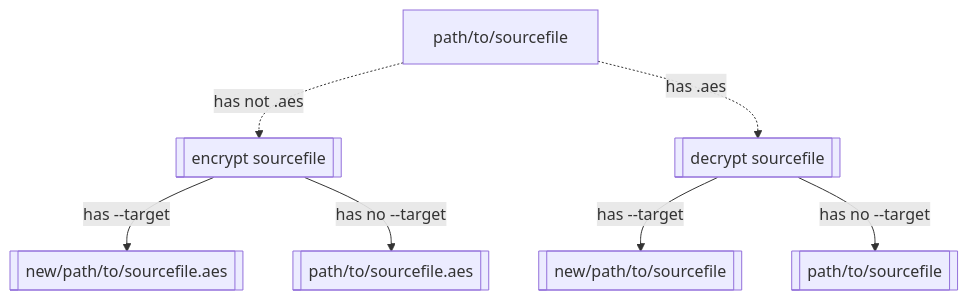
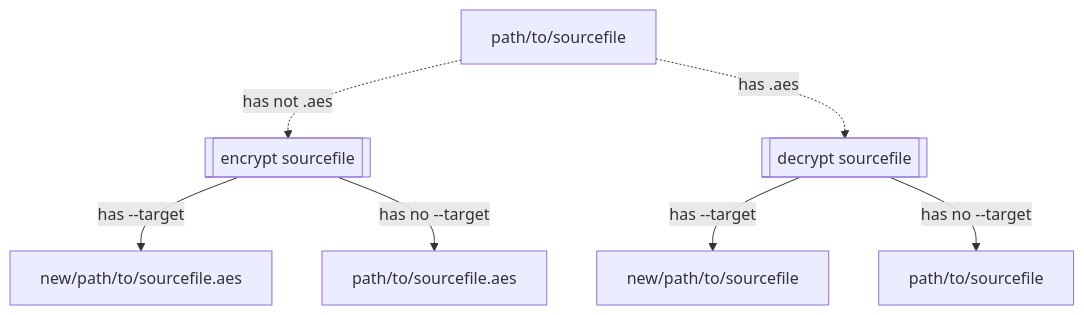
One commit to Zheng-Bote/qt-cli_file_encryption-decryption changed the second of 2 diagrams in README.md. Above: the diagram before and after it, drawn with Mermaid. The commit also changed other lines of this file, not shown here.

````diff
--- a/README.md
+++ b/README.md
@@ -122,10 +144,10 @@
 ```mermaid
 flowchart TD;
     A["path/to/sourcefile"]-. "has not .aes" .->B[[encrypt sourcefile]]
-    B-- "has --target" -->C[["new/path/to/sourcefile.aes"]]
-    B-- "has no --target" -->D[["path/to/sourcefile.aes"]]
+    B-- "has --target" -->C["new/path/to/sourcefile.aes"]
+    B-- "has no --target" -->D["path/to/sourcefile.aes"]
 
     A["path/to/sourcefile"]-. "has .aes" .->F[["decrypt sourcefile"]]
-    F-- "has --target" -->G[["new/path/to/sourcefile"]]
-    F-- "has no --target" -->H[["path/to/sourcefile"]]
+    F-- "has --target" -->G["new/path/to/sourcefile"]
+    F-- "has no --target" -->H["path/to/sourcefile"]
 ```
````
